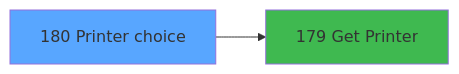
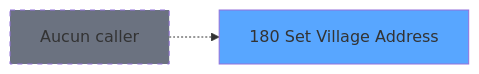
Before and after one commit to thonyAGP/magic-migration: the second of 3 diagrams in .openspec/specs/ADH-IDE-180.md, drawn with Mermaid. The commit also changed other lines of this file and 311 other files, not shown here.

````diff
--- a/.openspec/specs/ADH-IDE-180.md
+++ b/.openspec/specs/ADH-IDE-180.md
@@ -635,8 +128,8 @@
 ```mermaid
 graph LR
-    T180[180 Printer choice]
+    T180[180 Set Village Address]
     style T180 fill:#58a6ff
-    C179[179 Get Printer]
-    T180 --> C179
-    style C179 fill:#3fb950
+    NONE[Aucun caller]
+    NONE -.-> T180
+    style NONE fill:#6b7280,stroke-dasharray: 5 5
 ```
````
